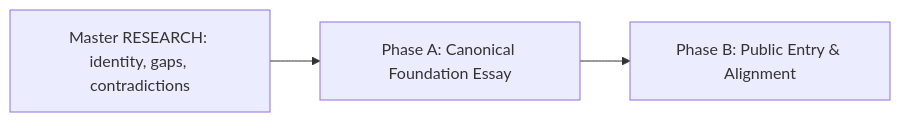
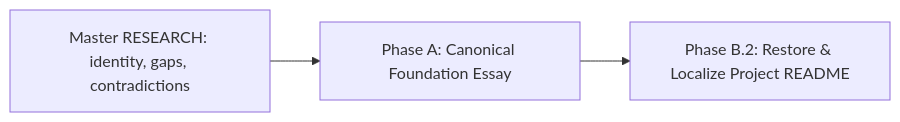
One commit to saubakirov/trace-first-starter changed the diagram in tasks/TFW-55__canonization_program/HL-TFW-55__canonization_program.md. Above: the diagram before and after it, drawn with Mermaid. The commit also changed other lines of this file, not shown here.

Commit message:
[codex/TFW-55/freeze/coordinator] supersede Phase B doorway contract

````diff
--- a/tasks/TFW-55__canonization_program/HL-TFW-55__canonization_program.md
+++ b/tasks/TFW-55__canonization_program/HL-TFW-55__canonization_program.md
@@ -295,5 +290,5 @@
 ```mermaid
 graph LR
   R["Master RESEARCH: identity, gaps, contradictions"] --> A["Phase A: Canonical Foundation Essay"]
-  A --> B["Phase B: Public Entry & Alignment"]
+  A --> B["Phase B.2: Restore & Localize Project README"]
 ```
````
